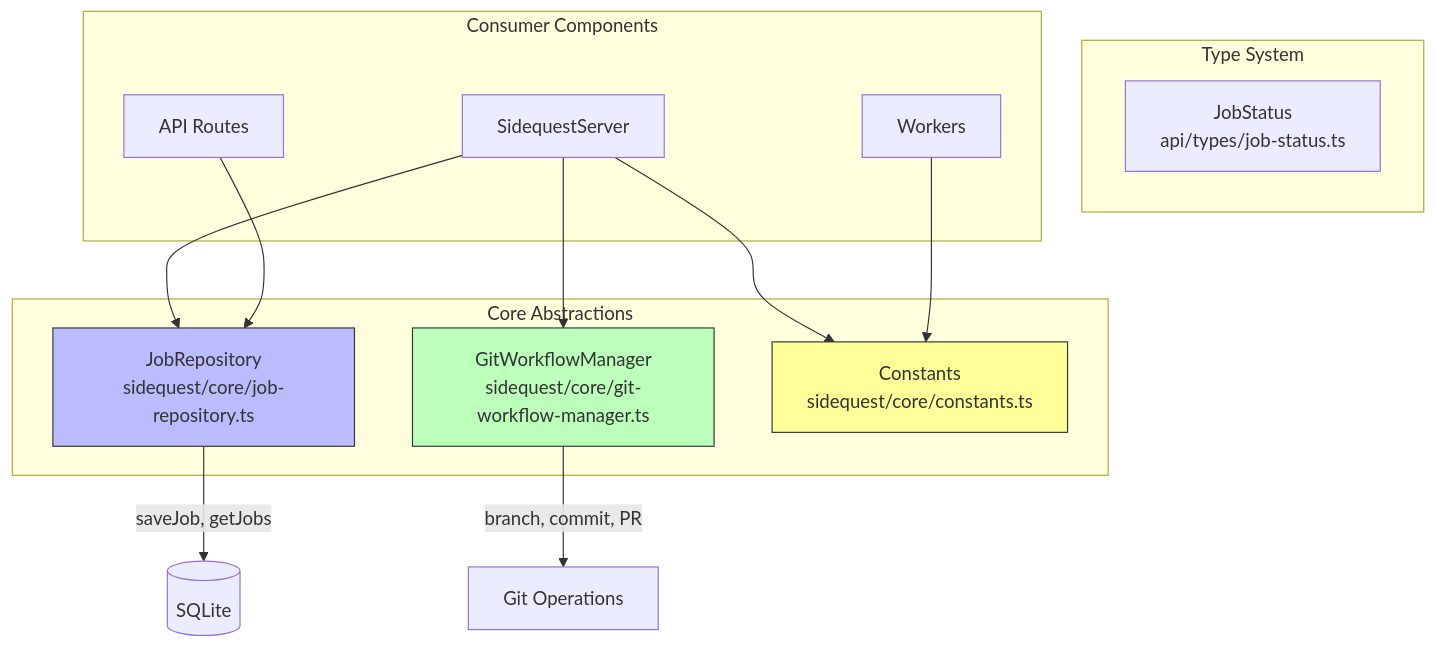
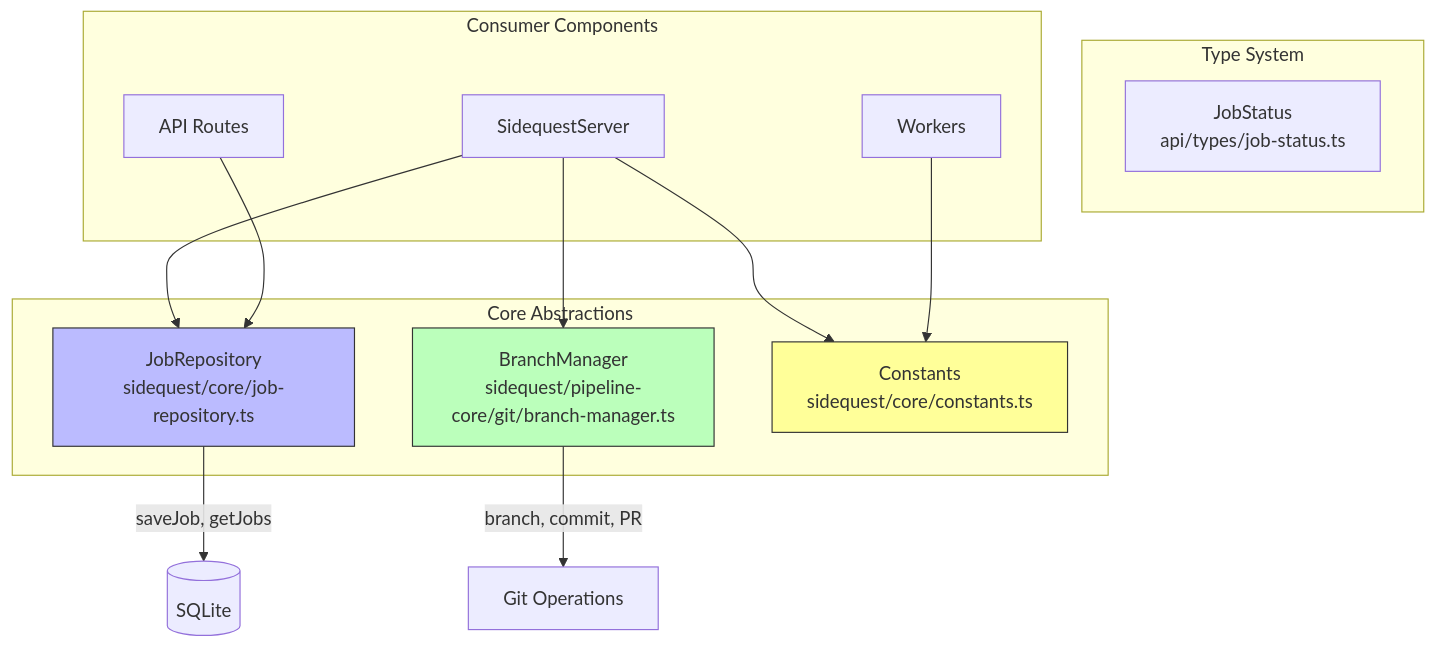
Before and after one commit to integritystudio/AlephAuto: diagram 11 of 14 in docs/architecture/SYSTEM-DATA-FLOW.md, drawn with Mermaid. The commit also changed other lines of this file and 6 other files, not shown here.

````diff
--- a/docs/architecture/SYSTEM-DATA-FLOW.md
+++ b/docs/architecture/SYSTEM-DATA-FLOW.md
@@ -599,31 +599,31 @@
 ```mermaid
 flowchart TB
     subgraph Core["Core Abstractions"]
         JobRepo["JobRepository<br/>sidequest/core/job-repository.ts"]
-        GitWF["GitWorkflowManager<br/>sidequest/core/git-workflow-manager.ts"]
+        GitWF["BranchManager<br/>sidequest/pipeline-core/git/branch-manager.ts"]
         Constants["Constants<br/>sidequest/core/constants.ts"]
     end
 
     subgraph Types["Type System"]
         JobStatus["JobStatus<br/>api/types/job-status.ts"]
     end
 
     subgraph Consumers["Consumer Components"]
         Server["SidequestServer"]
         Routes["API Routes"]
         Workers["Workers"]
     end
 
     Server --> JobRepo
     Server --> GitWF
     Server --> Constants
     Routes --> JobRepo
     Workers --> Constants
 
     JobRepo -->|"saveJob, getJobs"| DB[(SQLite)]
     GitWF -->|"branch, commit, PR"| Git[Git Operations]
 
     style JobRepo fill:#bbf,stroke:#333
     style GitWF fill:#bfb,stroke:#333
     style Constants fill:#ff9,stroke:#333
 ```
````
